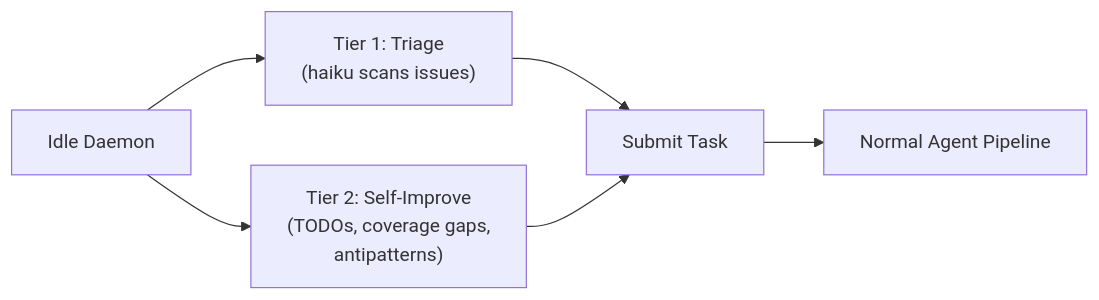
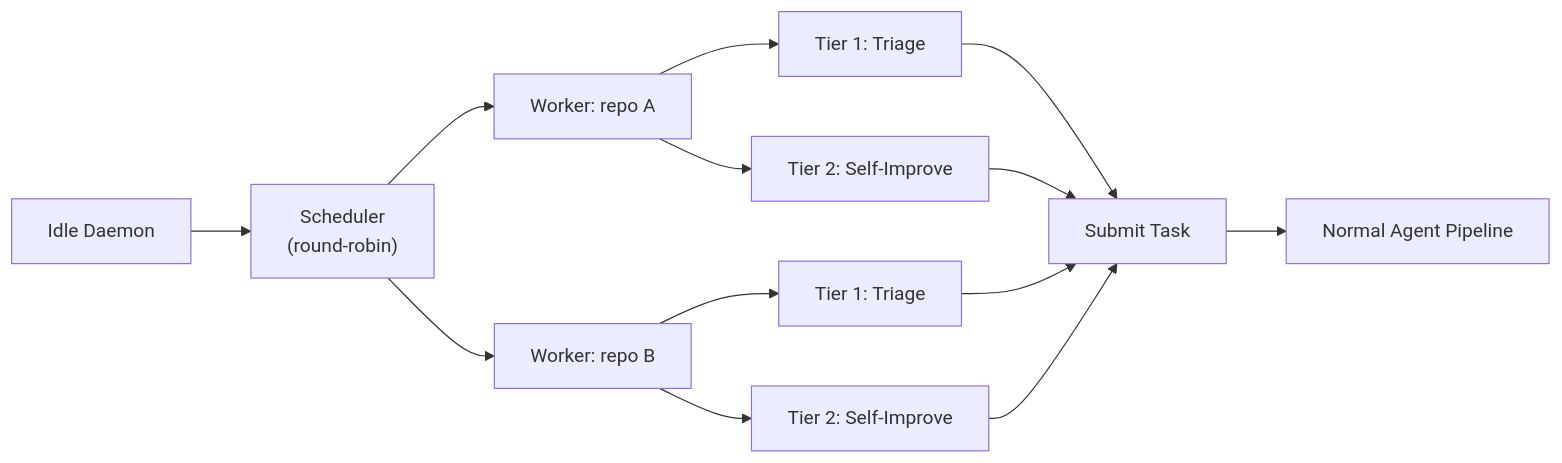
The first of 2 diagrams in docs/operations.md (itsmeboris/Golem), drawn with Mermaid before and after one commit. The commit also changed other lines of this file and 22 other files, not shown here.

First line of the commit message:
docs: update README, architecture, and operations for v0.2.0

````diff
--- a/docs/operations.md
+++ b/docs/operations.md
@@ -20,8 +70,12 @@
 ```mermaid
 flowchart LR
-    idle["Idle Daemon"] --> t1["Tier 1: Triage<br/>(haiku scans issues)"]
-    idle --> t2["Tier 2: Self-Improve<br/>(TODOs, coverage gaps,<br/>antipatterns)"]
-    t1 --> submit["Submit Task"]
-    t2 --> submit
+    idle["Idle Daemon"] --> sched["Scheduler<br/>(round-robin)"]
+    sched --> w1["Worker: repo A"]
+    sched --> w2["Worker: repo B"]
+    w1 --> t1["Tier 1: Triage"]
+    w1 --> t2["Tier 2: Self-Improve"]
+    w2 --> t1b["Tier 1: Triage"]
+    w2 --> t2b["Tier 2: Self-Improve"]
+    t1 & t2 & t1b & t2b --> submit["Submit Task"]
     submit --> agent["Normal Agent Pipeline"]
 ```
````
